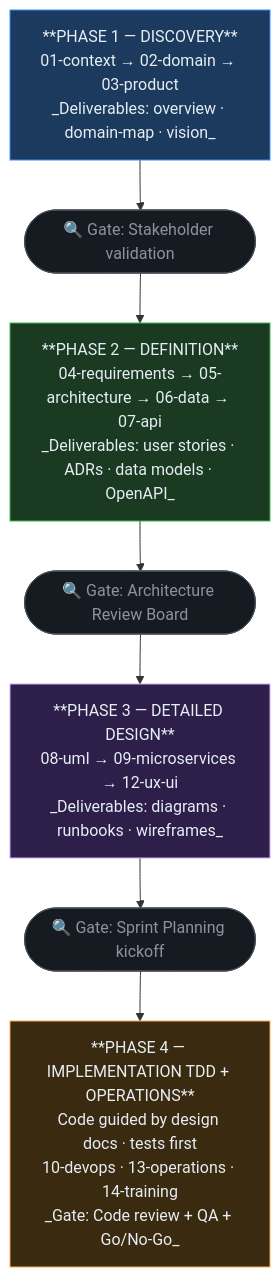
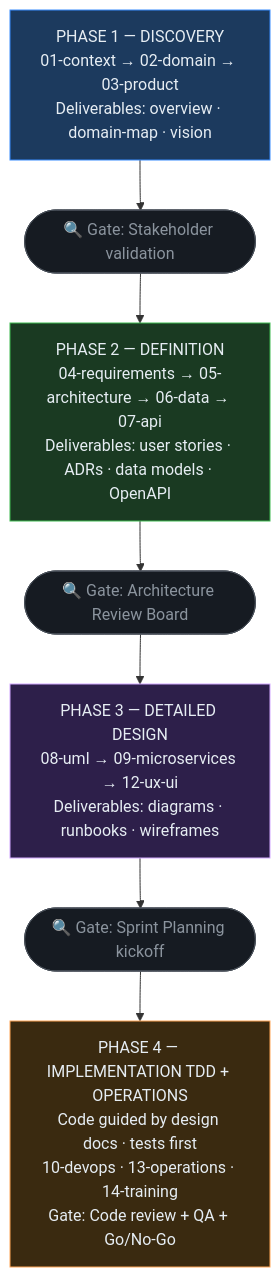
Before and after one commit to code-sena/vehicle-w-docs: the diagram in 00-sdd-guide.md, drawn with Mermaid. The commit also changed 1 other file, not shown here.

Commit message:
docs(architecture): redraw the C4 context and container views without crossing lines
The C4 notation drew curved, overlapping arrows. The views are now flowcharts with the same content, and the relations between containers moved to tables.

````diff
--- a/00-sdd-guide.md
+++ b/00-sdd-guide.md
@@ -34,20 +34,20 @@
 ```mermaid
 flowchart TD
-    P1["**PHASE 1 — DISCOVERY**\n01-context → 02-domain → 03-product\n_Deliverables: overview · domain-map · vision_"]
+    P1["PHASE 1 — DISCOVERY<br/>01-context → 02-domain → 03-product<br/>Deliverables: overview · domain-map · vision"]
     G1(["🔍 Gate: Stakeholder validation"])
-    P2["**PHASE 2 — DEFINITION**\n04-requirements → 05-architecture → 06-data → 07-api\n_Deliverables: user stories · ADRs · data models · OpenAPI_"]
+    P2["PHASE 2 — DEFINITION<br/>04-requirements → 05-architecture → 06-data → 07-api<br/>Deliverables: user stories · ADRs · data models · OpenAPI"]
     G2(["🔍 Gate: Architecture Review Board"])
-    P3["**PHASE 3 — DETAILED DESIGN**\n08-uml → 09-microservices → 12-ux-ui\n_Deliverables: diagrams · runbooks · wireframes_"]
+    P3["PHASE 3 — DETAILED DESIGN<br/>08-uml → 09-microservices → 12-ux-ui<br/>Deliverables: diagrams · runbooks · wireframes"]
     G3(["🔍 Gate: Sprint Planning kickoff"])
-    P4["**PHASE 4 — IMPLEMENTATION TDD + OPERATIONS**\nCode guided by design docs · tests first\n10-devops · 13-operations · 14-training\n_Gate: Code review + QA + Go/No-Go_"]
+    P4["PHASE 4 — IMPLEMENTATION TDD + OPERATIONS<br/>Code guided by design docs · tests first<br/>10-devops · 13-operations · 14-training<br/>Gate: Code review + QA + Go/No-Go"]
 
     P1 --> G1 --> P2 --> G2 --> P3 --> G3 --> P4
 
     style P1 fill:#1c3a5e,stroke:#388bfd,color:#e6edf3
     style P2 fill:#1a3a22,stroke:#3fb950,color:#e6edf3
     style P3 fill:#2d1f4a,stroke:#d2a8ff,color:#e6edf3
     style P4 fill:#3a2a10,stroke:#ffa657,color:#e6edf3
     style G1 fill:#161b22,stroke:#484f58,color:#8b949e
     style G2 fill:#161b22,stroke:#484f58,color:#8b949e
     style G3 fill:#161b22,stroke:#484f58,color:#8b949e
 ```
````
